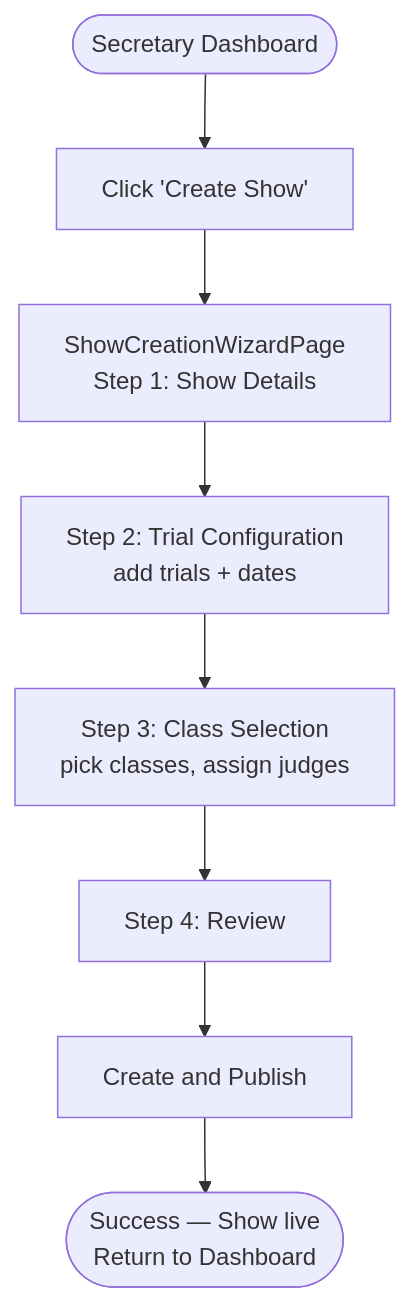
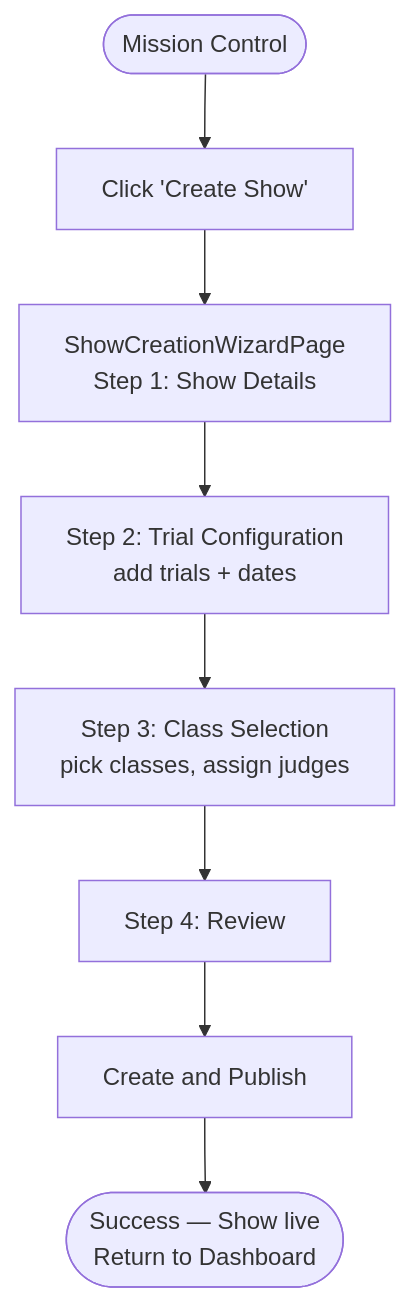
One commit to rbeezley/myk9-platform changed the first of 4 diagrams in docs/journeys/secretary.md. Above: the diagram before and after it, drawn with Mermaid. The commit also changed other lines of this file, not shown here.

First line of the commit message:
docs(journeys): apply review fixes to secretary journey

````diff
--- a/docs/journeys/secretary.md
+++ b/docs/journeys/secretary.md
@@ -32,10 +32,10 @@
 ```mermaid
 flowchart TD
-    A([Secretary Dashboard]) --> B[Click 'Create Show']
+    A([Mission Control]) --> B[Click 'Create Show']
     B --> C[ShowCreationWizardPage\nStep 1: Show Details]
     C --> D[Step 2: Trial Configuration\nadd trials + dates]
     D --> E[Step 3: Class Selection\npick classes, assign judges]
     E --> F[Step 4: Review]
     F --> G[Create and Publish]
     G --> H([Success — Show live\nReturn to Dashboard])
 ```
````
